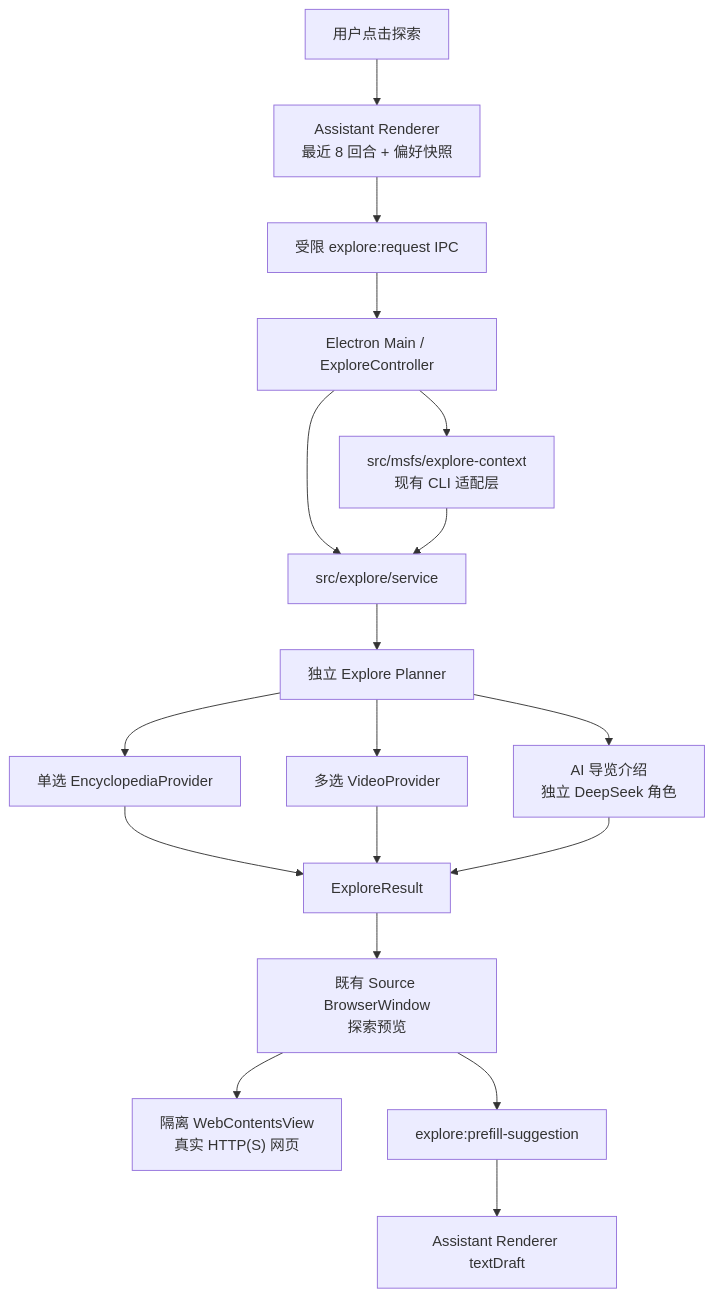
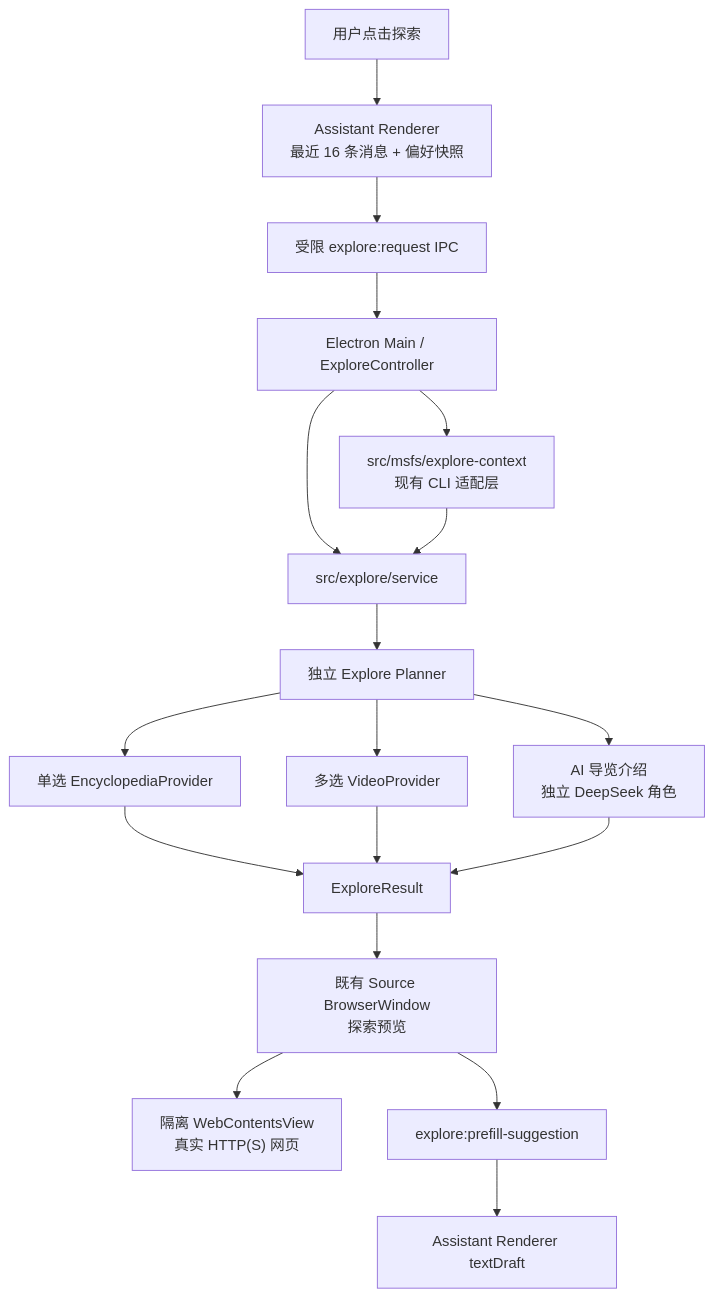
One commit to QAyong/msfs-ai-voice-guide changed the diagram in docs/specs/spec-015-user-triggered-explore-mode.md. Above: the diagram before and after it, drawn with Mermaid. The commit also changed other lines of this file and 4 other files, not shown here.

````diff
--- a/docs/specs/spec-015-user-triggered-explore-mode.md
+++ b/docs/specs/spec-015-user-triggered-explore-mode.md
@@ -213,20 +213,20 @@
 ```mermaid
 flowchart TD
-  U["用户点击探索"] --> R["Assistant Renderer\n最近 8 回合 + 偏好快照"]
+  U["用户点击探索"] --> R["Assistant Renderer\n最近 16 条消息 + 偏好快照"]
   R --> I["受限 explore:request IPC"]
   I --> C["Electron Main / ExploreController"]
   C --> M["src/msfs/explore-context\n现有 CLI 适配层"]
   C --> S["src/explore/service"]
   M --> S
   S --> P["独立 Explore Planner"]
   P --> E["单选 EncyclopediaProvider"]
   P --> V["多选 VideoProvider"]
   P --> G["AI 导览介绍\n独立 DeepSeek 角色"]
   E --> X["ExploreResult"]
   V --> X
   G --> X
   X --> W["既有 Source BrowserWindow\n探索预览"]
   W --> T["隔离 WebContentsView\n真实 HTTP(S) 网页"]
   W --> F["explore:prefill-suggestion"]
   F --> D["Assistant Renderer textDraft"]
 ```
````
